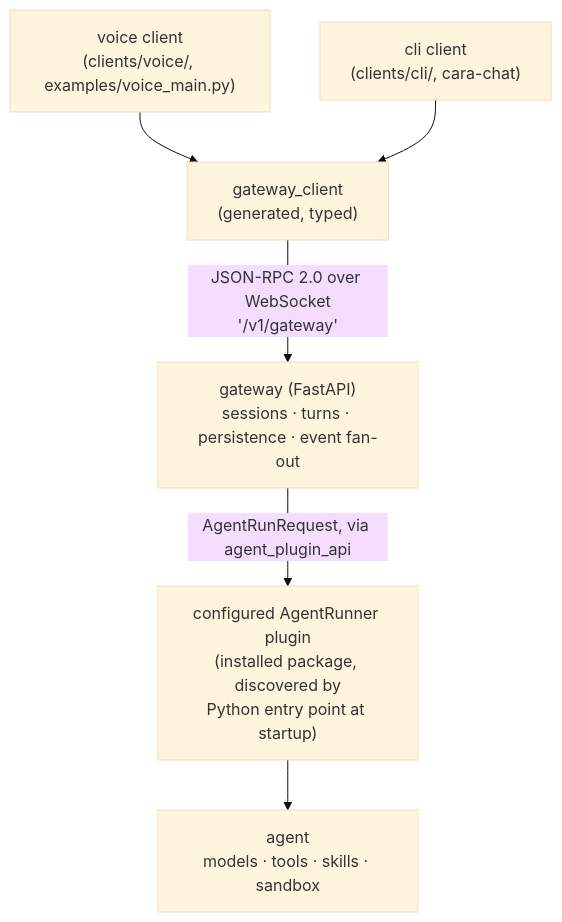
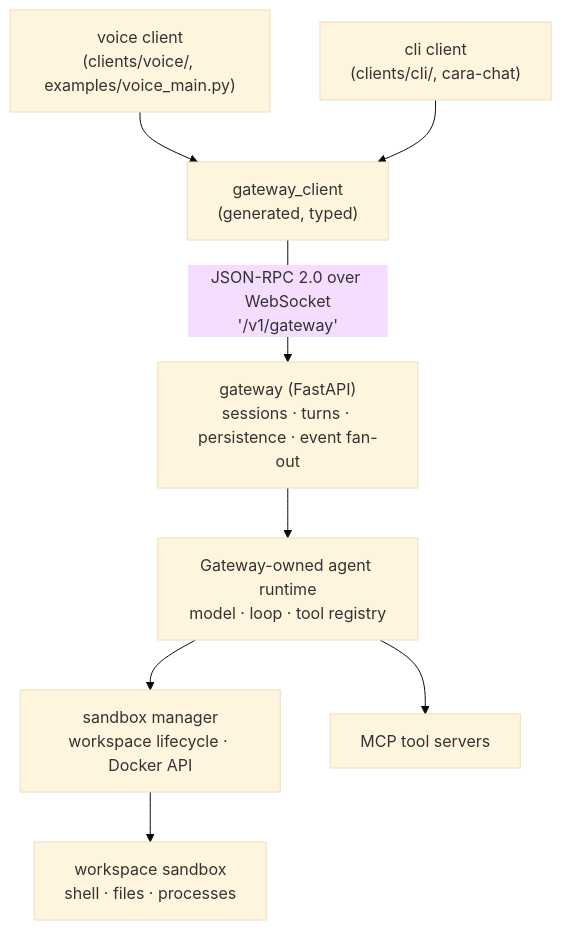
Before and after one commit to mathisarends/cara: the first of 2 diagrams in README.md, drawn with Mermaid (base theme). The commit also changed other lines of this file and 72 other files, not shown here.

Commit message:
feat: move agent runtime into gateway

````diff
--- a/README.md
+++ b/README.md
@@ -33,15 +33,19 @@
 ```mermaid
 flowchart TD
     Voice["voice client<br/>(clients/voice/, examples/voice_main.py)"]
     Cli["cli client<br/>(clients/cli/, cara-chat)"]
     Client["gateway_client<br/>(generated, typed)"]
     Gateway["gateway (FastAPI)<br/>sessions · turns · persistence · event fan-out"]
-    Plugin["configured AgentRunner plugin<br/>(installed package, discovered by<br/>Python entry point at startup)"]
-    Agent["agent<br/>models · tools · skills · sandbox"]
+    Agent["Gateway-owned agent runtime<br/>model · loop · tool registry"]
+    Manager["sandbox manager<br/>workspace lifecycle · Docker API"]
+    Sandbox["workspace sandbox<br/>shell · files · processes"]
+    MCP["MCP tool servers"]
 
     Voice --> Client
     Cli --> Client
     Client -- "JSON-RPC 2.0 over WebSocket<br/>'/v1/gateway'" --> Gateway
-    Gateway -- "AgentRunRequest, via agent_plugin_api" --> Plugin
-    Plugin --> Agent
+    Gateway --> Agent
+    Agent --> Manager
+    Manager --> Sandbox
+    Agent --> MCP
 ```
````
